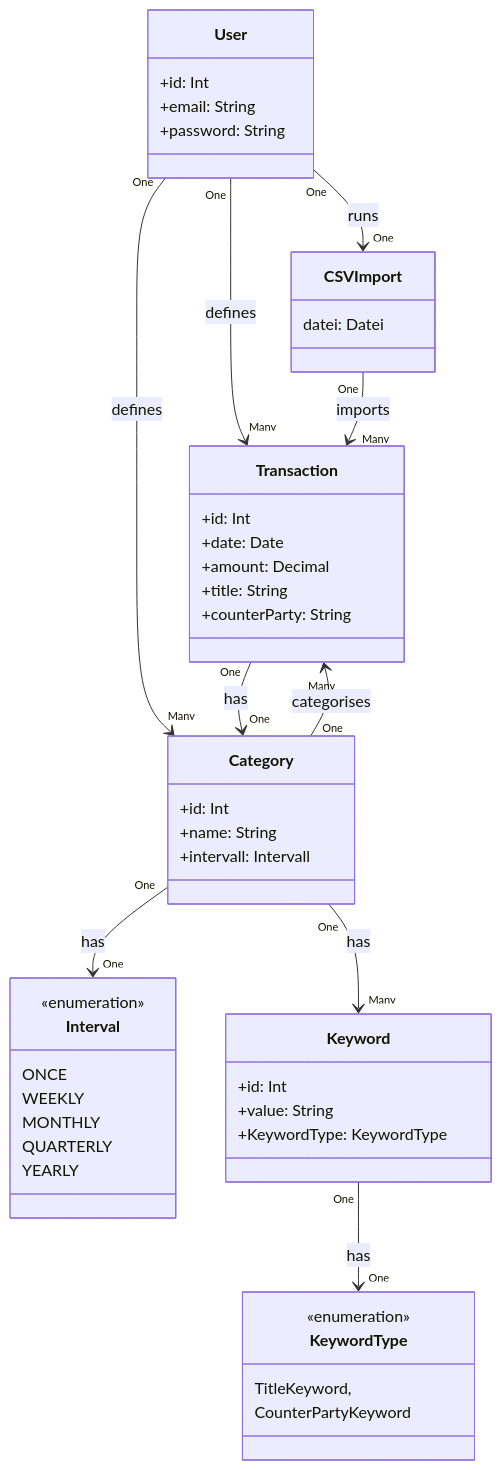
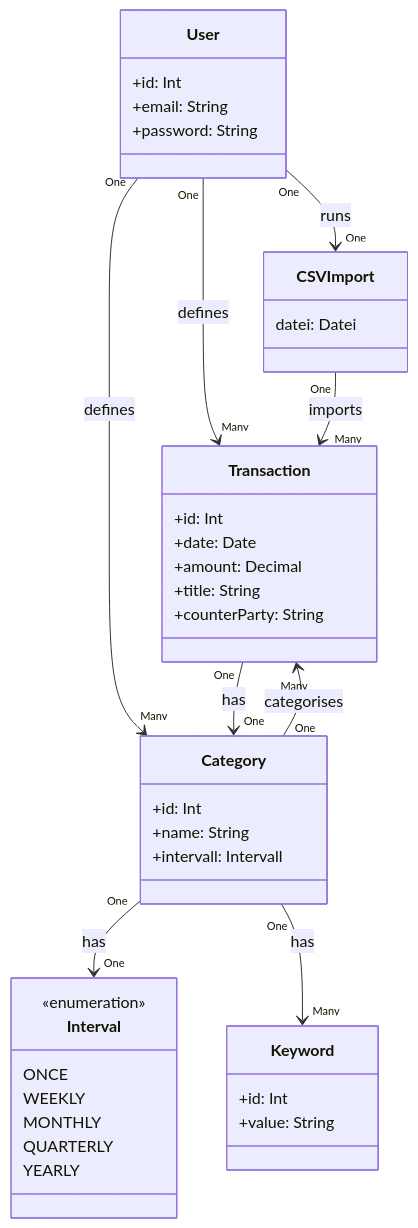
One commit to MoritzLue24/Broke-Manager changed the diagram in Docs/backend-spec.md. Above: the diagram before and after it, drawn with Mermaid. The commit also changed other lines of this file, not shown here.

First line of the commit message:
Removed Keyword Type

````diff
--- a/Docs/backend-spec.md
+++ b/Docs/backend-spec.md
@@ -23,62 +23,53 @@
 ```mermaid
 classDiagram
     class User {
         +id: Int
         +email: String
         +password: String
     }
 
     class Transaction {
         +id: Int
         +date: Date
         +amount: Decimal
         +title: String
         +counterParty: String
     }
 
     class Category {
         +id: Int 
         +name: String
         +intervall: Intervall
     }
 
     class Interval {
         <<enumeration>>
         ONCE
         WEEKLY
         MONTHLY
         QUARTERLY
         YEARLY
     }
 
     class Keyword {
         +id: Int
         +value: String
-        +KeywordType: KeywordType
-    }
-
-    class KeywordType {
-        <<enumeration>>
-        TitleKeyword,
-        CounterPartyKeyword
     }
 
     class CSVImport {
         datei: Datei
     }
 
     
 
     User "One" --> "Many" Transaction : defines
     User "One" --> "Many" Category : defines
 
     Category "One" --> "One" Interval : has
     Category "One" --> "Many" Transaction : categorises
     Category "One" --> "Many" Keyword : has
 
-    Keyword "One" --> "One" KeywordType : has
-
     Transaction "One" --> "One" Category : has
     User "One" --> "One" CSVImport : runs
     CSVImport "One" --> "Many" Transaction : imports
 ```
````
